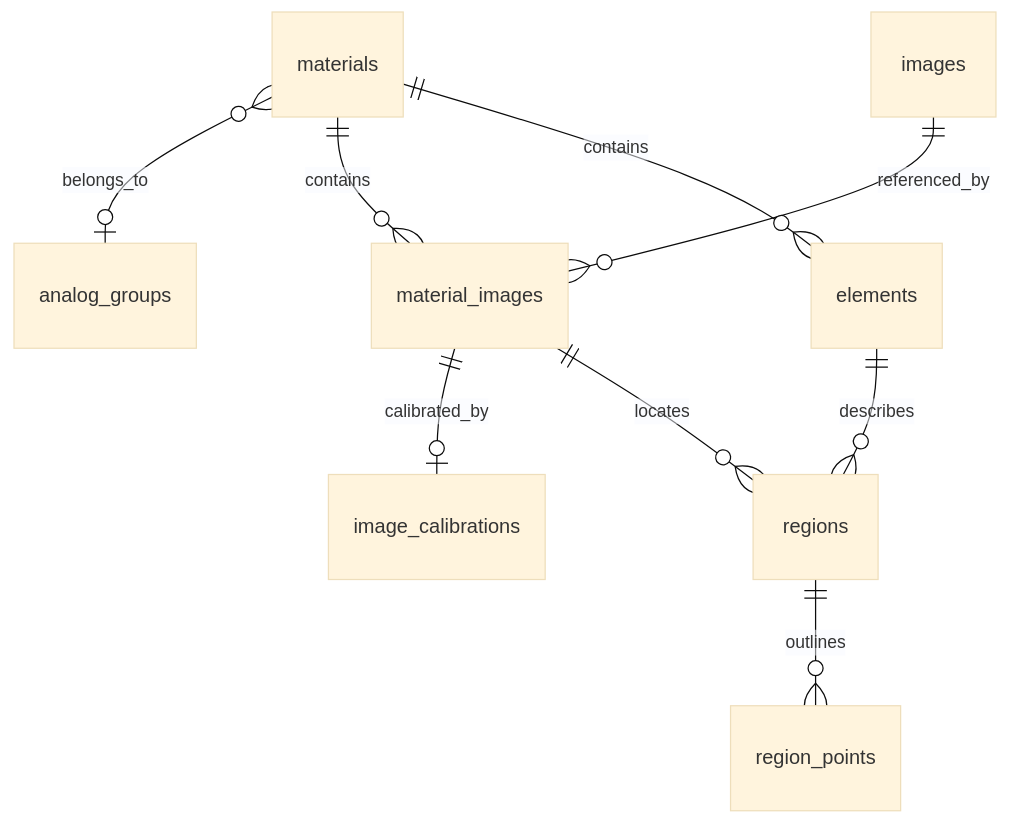
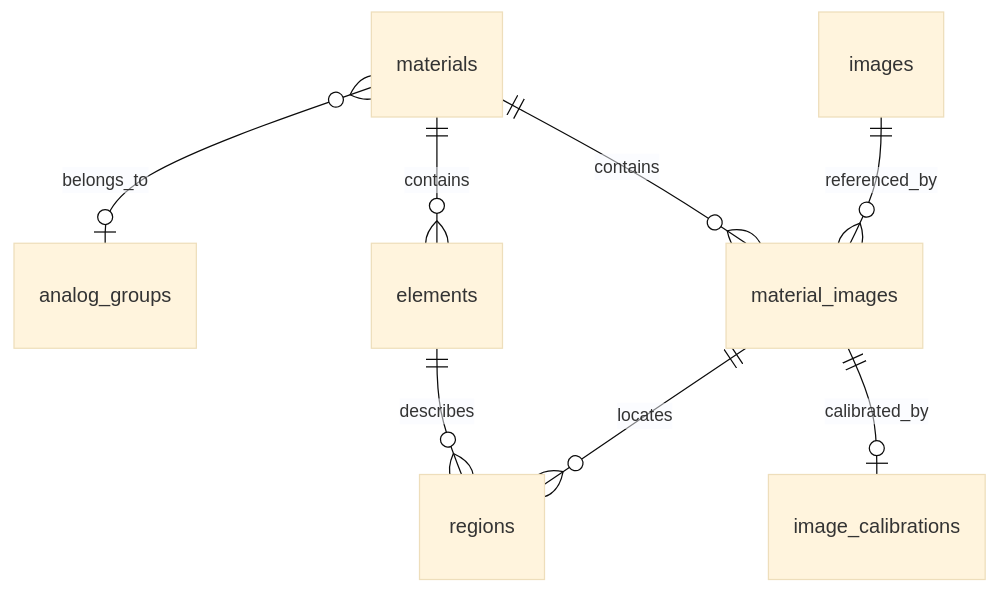
Before and after one commit to PaulChaiko/HISTOSETS: the diagram in docs/data-model.md, drawn with Mermaid (base theme). The commit also changed other lines of this file and 30 other files, not shown here.

````diff
--- a/docs/data-model.md
+++ b/docs/data-model.md
@@ -44,11 +43,10 @@
 ```mermaid
 erDiagram
     materials }o--o| analog_groups : belongs_to
     materials ||--o{ material_images : contains
     images ||--o{ material_images : referenced_by
     material_images ||--o| image_calibrations : calibrated_by
     materials ||--o{ elements : contains
     elements ||--o{ regions : describes
     material_images ||--o{ regions : locates
-    regions ||--o{ region_points : outlines
 ```
````
